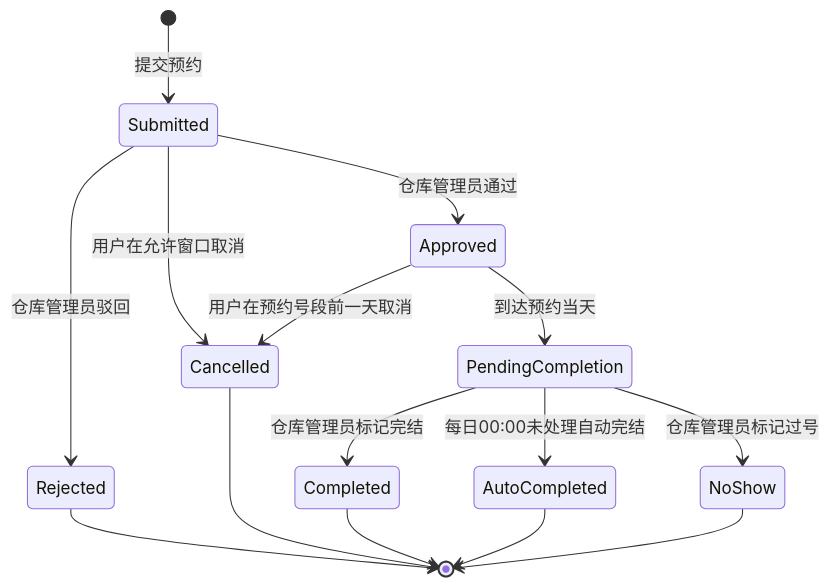
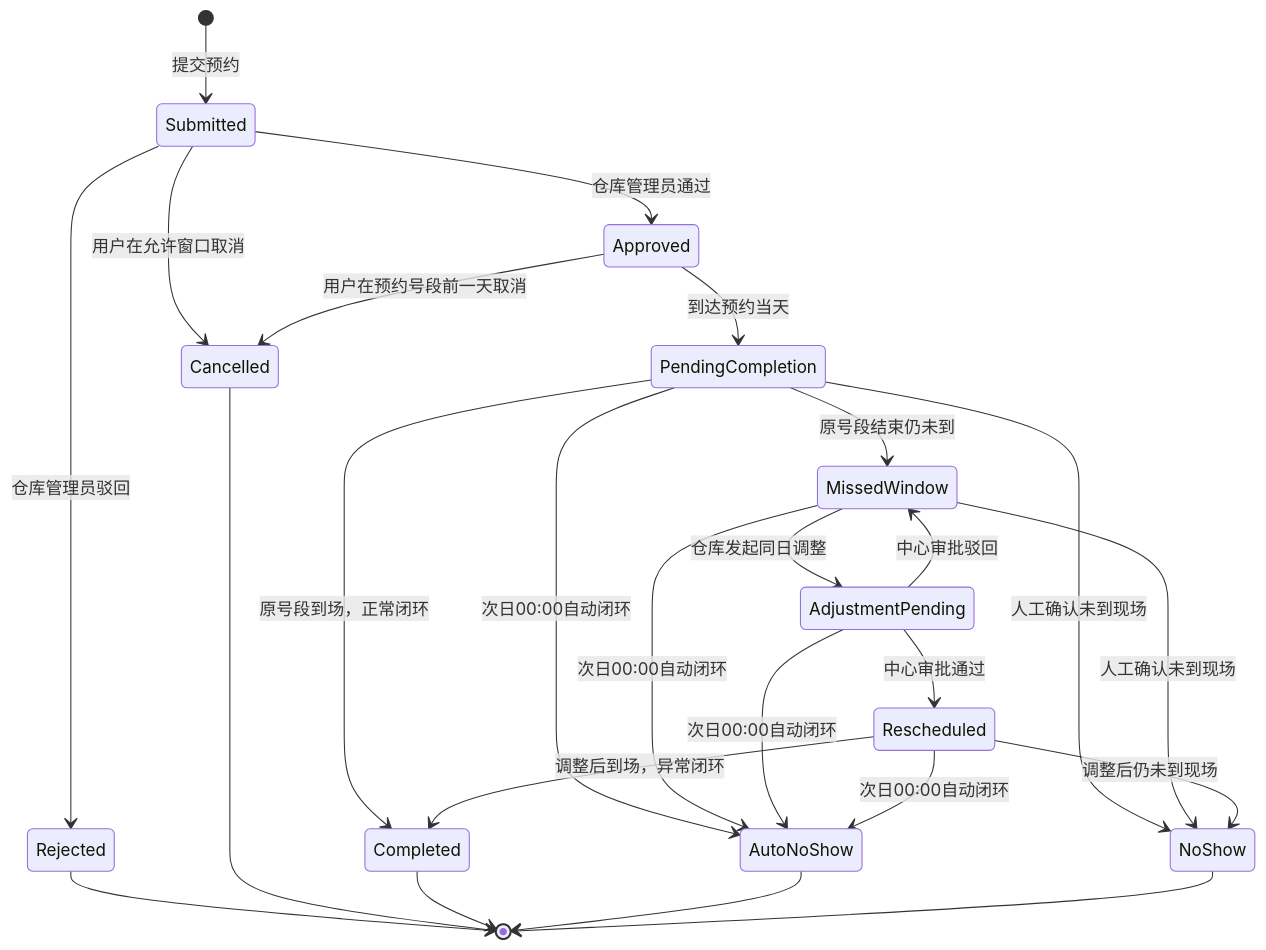
The second of 4 diagrams in docs/implementation-plan.md (kbourne23/Reservation), drawn with Mermaid before and after one commit. The commit also changed other lines of this file and 6 other files, not shown here.

````diff
--- a/docs/implementation-plan.md
+++ b/docs/implementation-plan.md
@@ -139,17 +145,27 @@
 ```mermaid
 stateDiagram-v2
   [*] --> Submitted: 提交预约
   Submitted --> Rejected: 仓库管理员驳回
   Submitted --> Approved: 仓库管理员通过
   Submitted --> Cancelled: 用户在允许窗口取消
   Approved --> Cancelled: 用户在预约号段前一天取消
   Approved --> PendingCompletion: 到达预约当天
-  PendingCompletion --> Completed: 仓库管理员标记完结
-  PendingCompletion --> NoShow: 仓库管理员标记过号
-  PendingCompletion --> AutoCompleted: 每日00:00未处理自动完结
+  PendingCompletion --> Completed: 原号段到场，正常闭环
+  PendingCompletion --> MissedWindow: 原号段结束仍未到
+  MissedWindow --> AdjustmentPending: 仓库发起同日调整
+  AdjustmentPending --> Rescheduled: 中心审批通过
+  AdjustmentPending --> MissedWindow: 中心审批驳回
+  Rescheduled --> Completed: 调整后到场，异常闭环
+  PendingCompletion --> NoShow: 人工确认未到现场
+  MissedWindow --> NoShow: 人工确认未到现场
+  Rescheduled --> NoShow: 调整后仍未到现场
+  PendingCompletion --> AutoNoShow: 次日00:00自动闭环
+  MissedWindow --> AutoNoShow: 次日00:00自动闭环
+  AdjustmentPending --> AutoNoShow: 次日00:00自动闭环
+  Rescheduled --> AutoNoShow: 次日00:00自动闭环
   Rejected --> [*]
   Cancelled --> [*]
   Completed --> [*]
-  AutoCompleted --> [*]
+  AutoNoShow --> [*]
   NoShow --> [*]
 ```
````
